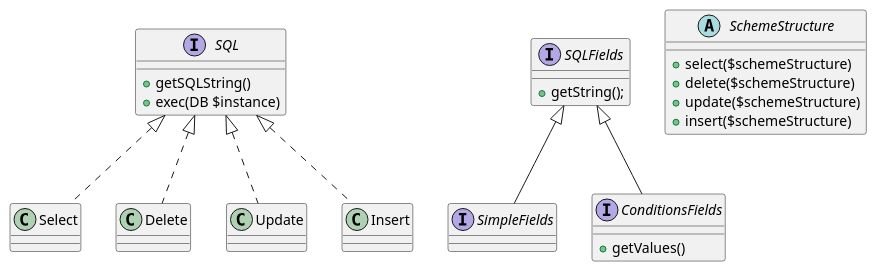
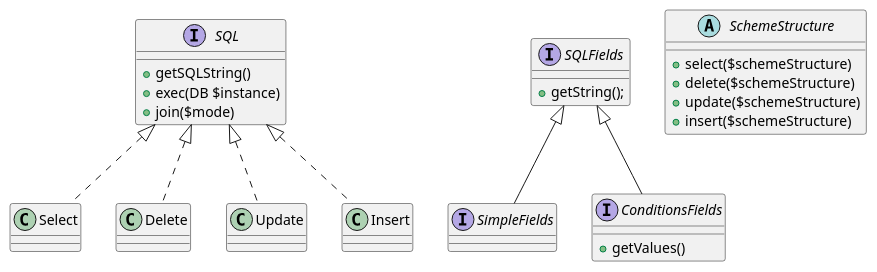
The diagram in core/ZXC/Modules/SQL/UML/SQL.puml (Gimanh/ZXC_PHP), drawn with PlantUML before and after one commit. The commit also changed 16 other files, not shown here.

```diff
--- a/core/ZXC/Modules/SQL/UML/SQL.puml
+++ b/core/ZXC/Modules/SQL/UML/SQL.puml
@@ -1,41 +1,42 @@
 @startuml
 interface SQL{
     + getSQLString()
     + exec(DB $instance)
+    + join($mode)
 }
 
 class Select implements SQL
 
 class Delete implements SQL
 
 class Update implements SQL
 
 class Insert implements SQL
 
 interface SQLFields{
     +getString();
 }
 
 interface SimpleFields extends SQLFields{
 
 }
 
 interface ConditionsFields extends SQLFields{
     +getValues()
 }
 
 abstract SchemeStructure{
     +select($schemeStructure)
     +delete($schemeStructure)
     +update($schemeStructure)
     +insert($schemeStructure)
 }
 
 /'interface StructureData{
     +create()
     +read()
     +update()
     +delete()
 }'/
 
 @enduml
```
